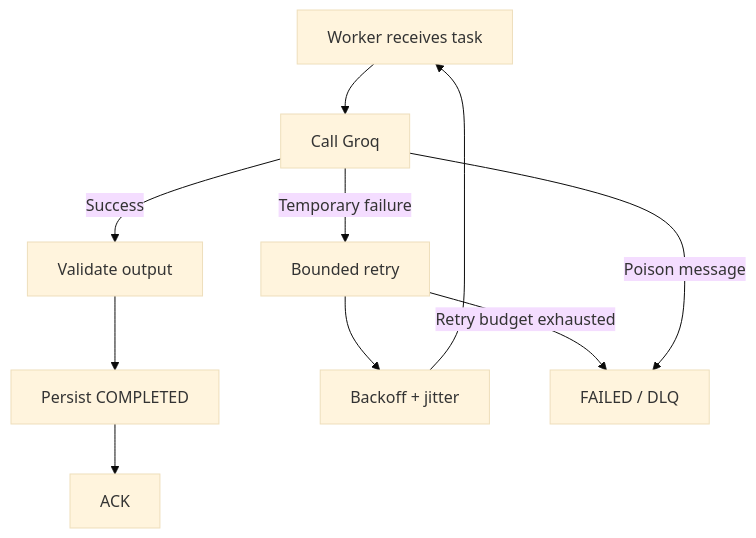
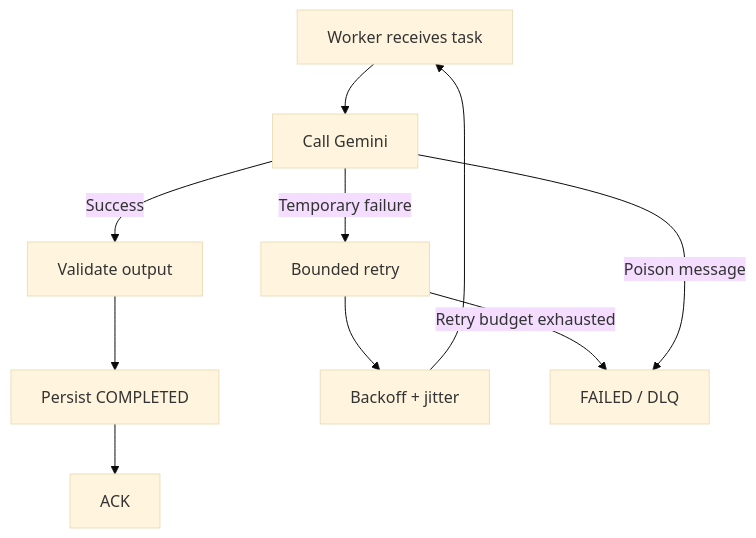
The third of 3 diagrams in README.md (abhijeetmishra2104/asyncForge), drawn with Mermaid (base theme) before and after one commit. The commit also changed other lines of this file and 17 other files, not shown here.

First line of the commit message:
Replace Groq with Gemini for AI task execution

````diff
--- a/README.md
+++ b/README.md
@@ -762,14 +762,14 @@
 ``` mermaid
 flowchart TD
-    A["Worker receives task"] --> B["Call Groq"]
+    A["Worker receives task"] --> B["Call Gemini"]
     B -->|Success| C["Validate output"]
     C --> D["Persist COMPLETED"]
     D --> E["ACK"]
 
     B -->|Temporary failure| F["Bounded retry"]
     F --> G["Backoff + jitter"]
     G --> A
 
     F -->|Retry budget exhausted| H["FAILED / DLQ"]
     B -->|Poison message| H
 ```
````
